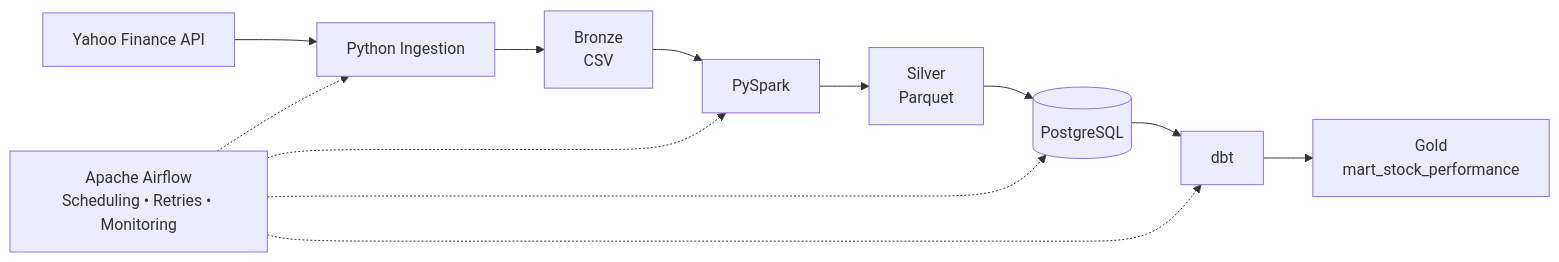
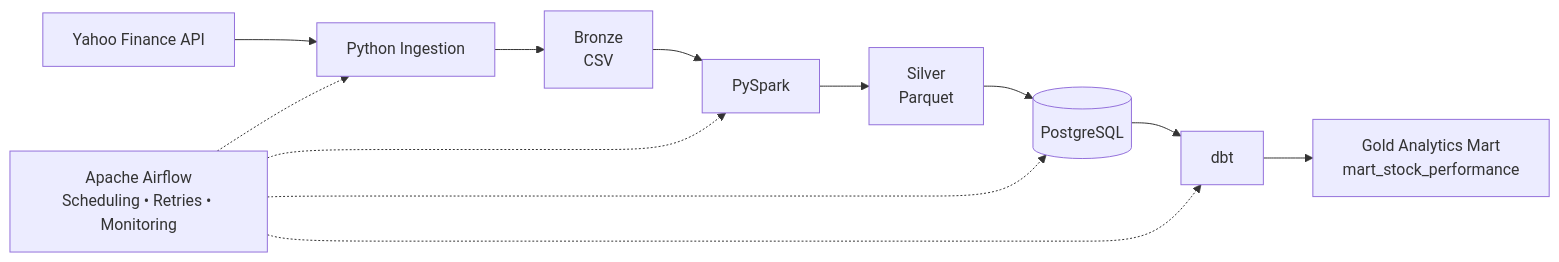
The diagram in financial-market-data-platform/README.md (lilyhoffman/data-engineering-porfolio), drawn with Mermaid before and after one commit. The commit also changed other lines of this file, not shown here.

Commit message:
quick edit

````diff
--- a/financial-market-data-platform/README.md
+++ b/financial-market-data-platform/README.md
@@ -20,27 +20,27 @@
 ```mermaid
 flowchart LR
 
     A[Yahoo Finance API]
     B[Python Ingestion]
     C[Bronze<br/>CSV]
     D[PySpark]
     E[Silver<br/>Parquet]
     F[(PostgreSQL)]
     G[dbt]
-    H[Gold<br/>mart_stock_performance]
+    H[Gold Analytics Mart<br/>mart_stock_performance]
 
     A --> B
     B --> C
     C --> D
     D --> E
     E --> F
     F --> G
     G --> H
 
     AIRFLOW[Apache Airflow<br/>Scheduling • Retries • Monitoring]
 
     AIRFLOW -.-> B
     AIRFLOW -.-> D
     AIRFLOW -.-> F
     AIRFLOW -.-> G
 ```
````
